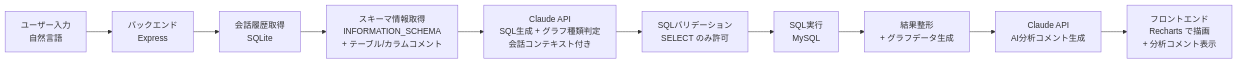
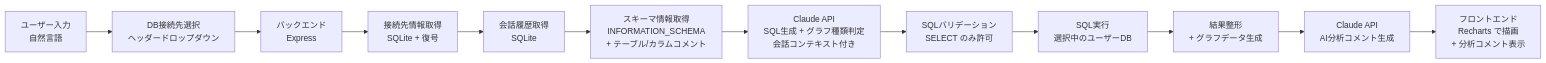
Before and after one commit to okegawaatclink/gaido-dataagent: the second of 2 diagrams in ai_generated/requirements/architecture.md, drawn with Mermaid. The commit also changed other lines of this file and 7 other files, not shown here.

````diff
--- a/ai_generated/requirements/architecture.md
+++ b/ai_generated/requirements/architecture.md
@@ -53,12 +68,14 @@
 ```mermaid
 flowchart LR
-    A["ユーザー入力<br>自然言語"] --> B["バックエンド<br>Express"]
-    B --> B2["会話履歴取得<br>SQLite"]
+    A["ユーザー入力<br>自然言語"] --> A2["DB接続先選択<br>ヘッダードロップダウン"]
+    A2 --> B["バックエンド<br>Express"]
+    B --> B1["接続先情報取得<br>SQLite + 復号"]
+    B1 --> B2["会話履歴取得<br>SQLite"]
     B2 --> C["スキーマ情報取得<br>INFORMATION_SCHEMA<br>+ テーブル/カラムコメント"]
     C --> D["Claude API<br>SQL生成 + グラフ種類判定<br>会話コンテキスト付き"]
     D --> E["SQLバリデーション<br>SELECT のみ許可"]
-    E --> F["SQL実行<br>MySQL"]
+    E --> F["SQL実行<br>選択中のユーザーDB"]
     F --> G["結果整形<br>+ グラフデータ生成"]
     G --> G2["Claude API<br>AI分析コメント生成"]
     G2 --> H["フロントエンド<br>Recharts で描画<br>+ 分析コメント表示"]
 ```
````
